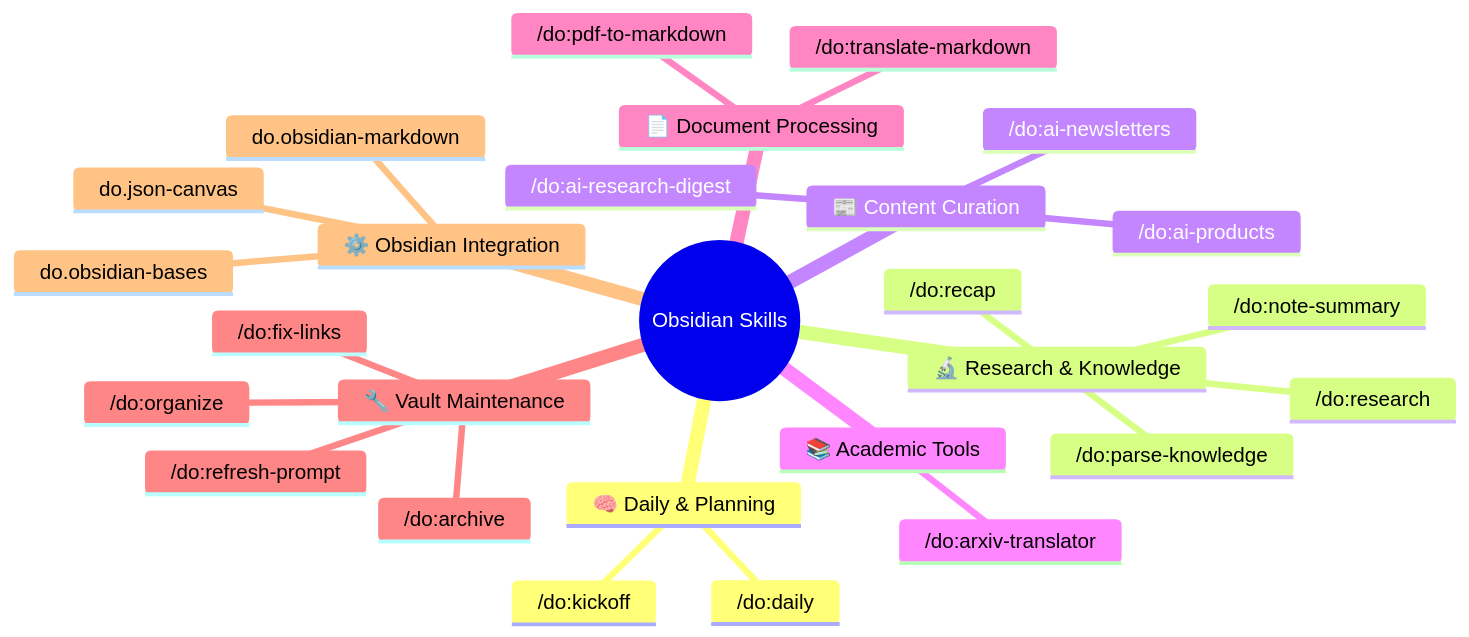
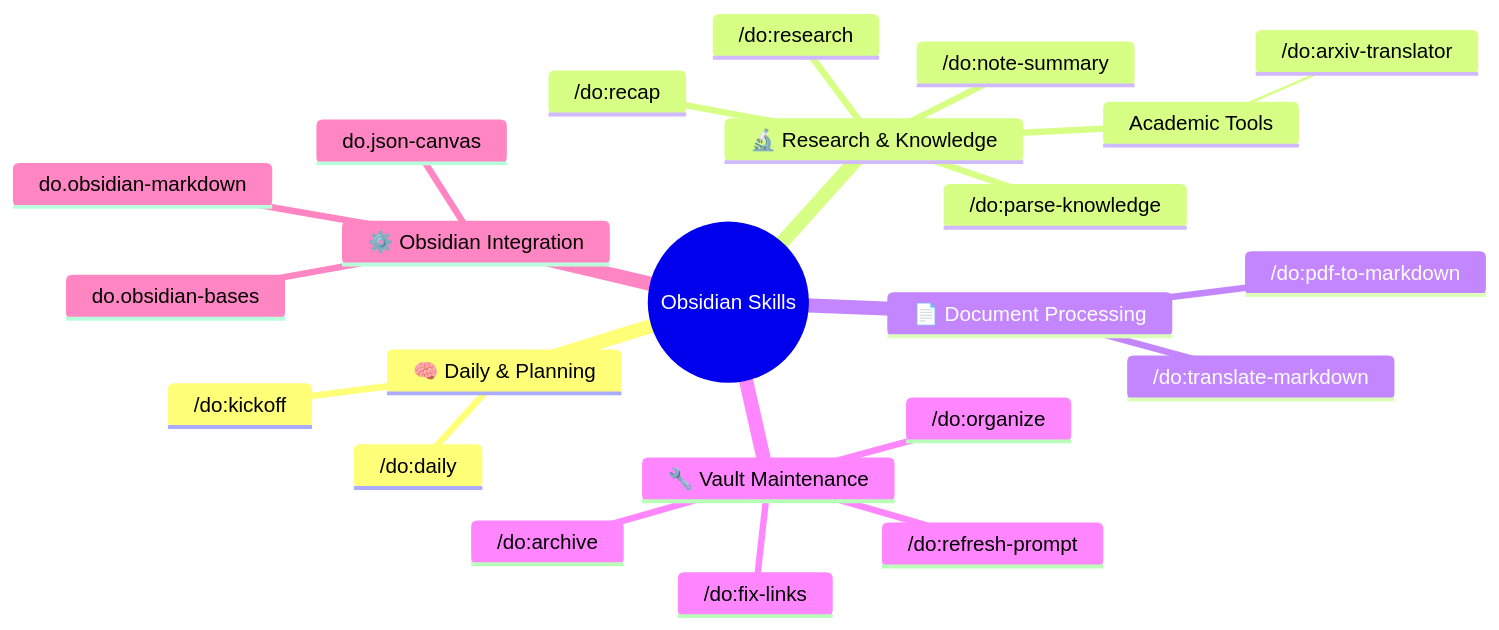
One commit to dull-bird/DeepOrbit changed the fourth of 8 diagrams in README.md. Above: the diagram before and after it, drawn with Mermaid. The commit also changed other lines of this file and 11 other files, not shown here.

````diff
--- a/README.md
+++ b/README.md
@@ -150,30 +150,26 @@
 ```mermaid
 mindmap
   root((Obsidian Skills))
     🧠 Daily & Planning
       /do:daily
       /do:kickoff
     🔬 Research & Knowledge
       /do:research
       /do:parse-knowledge
       /do:note-summary
       /do:recap
-    📰 Content Curation
-      /do:ai-newsletters
-      /do:ai-products
-      /do:ai-research-digest
-    📚 Academic Tools
+     Academic Tools
       /do:arxiv-translator
     📄 Document Processing
       /do:pdf-to-markdown
       /do:translate-markdown
     🔧 Vault Maintenance
       /do:fix-links
       /do:archive
       /do:organize
       /do:refresh-prompt
     ⚙️ Obsidian Integration
       do.obsidian-markdown
       do.obsidian-bases
       do.json-canvas
 ```
````
